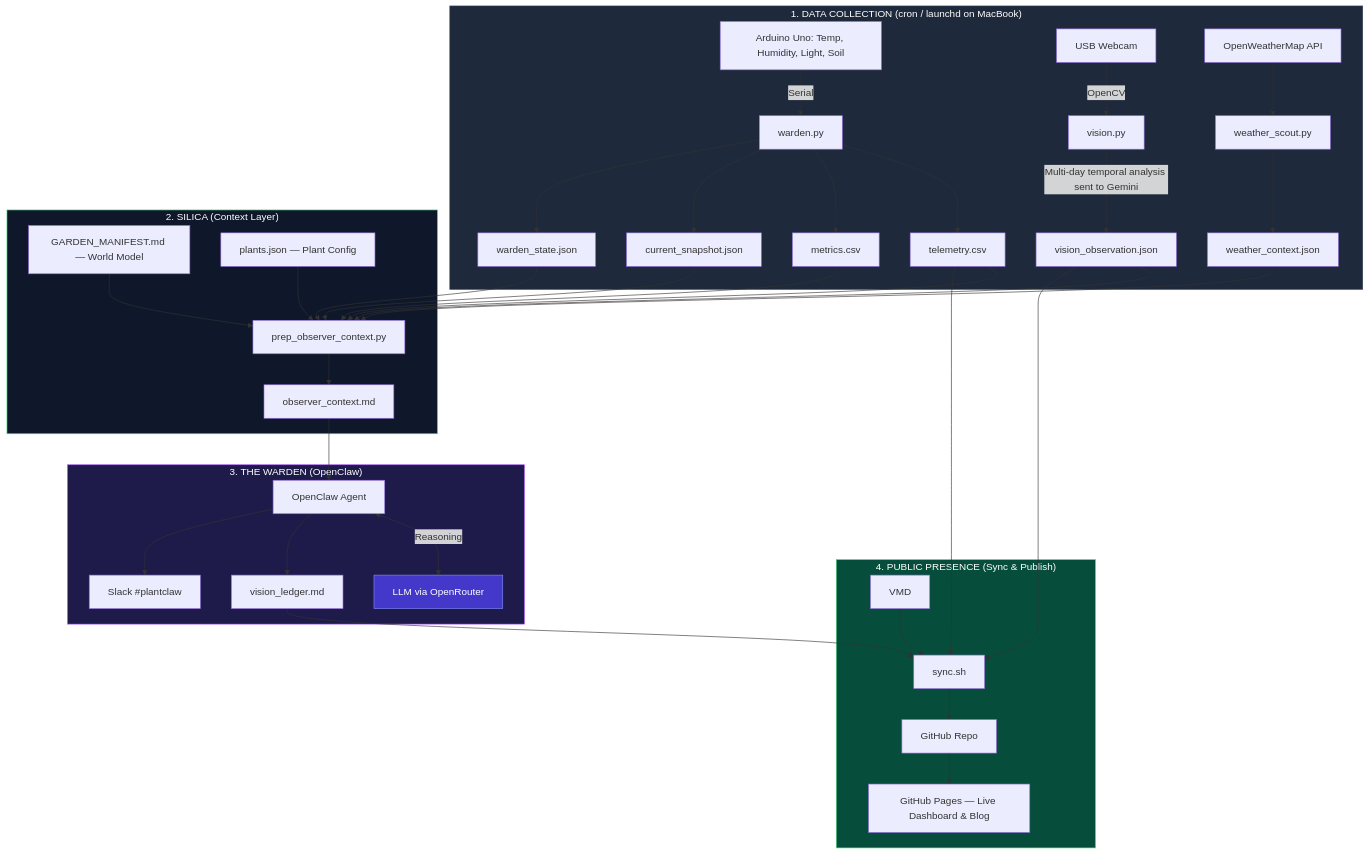
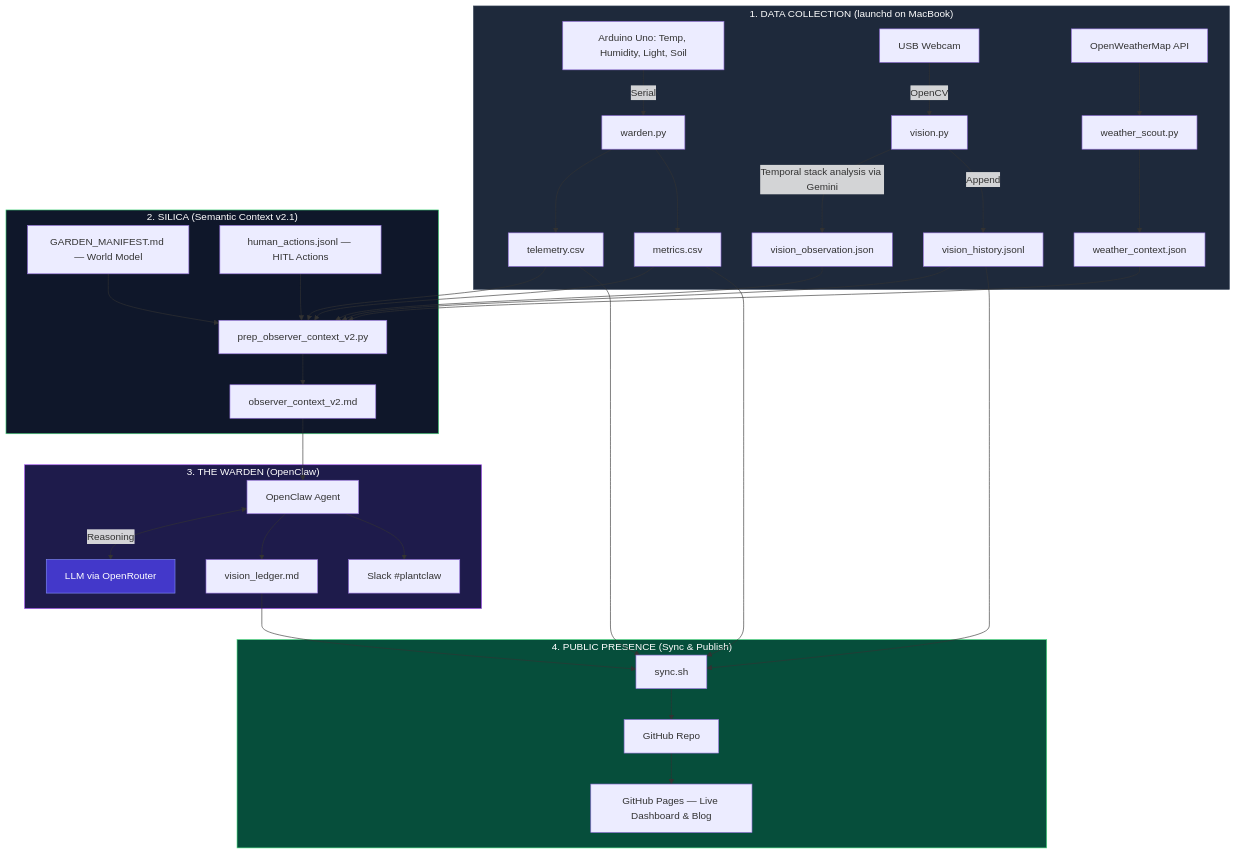
The diagram in src/docs/architecture.md (surendranb/gardenbot), drawn with Mermaid before and after one commit. The commit also changed other lines of this file and 17 other files, not shown here.

````diff
--- a/src/docs/architecture.md
+++ b/src/docs/architecture.md
@@ -34,48 +34,47 @@
 ```mermaid
 graph TD
     %% Layer 1: Data Collection
-    subgraph Collection["1. DATA COLLECTION (cron / launchd on MacBook)"]
+    subgraph Collection["1. DATA COLLECTION (launchd on MacBook)"]
         AR[Arduino Uno: Temp, Humidity, Light, Soil] -->|Serial| WPY[warden.py]
         WPY --> CSV[telemetry.csv]
         WPY --> MET[metrics.csv]
-        WPY --> SNS[current_snapshot.json]
-        WPY --> STS[warden_state.json]
 
         CAM[USB Webcam] -->|OpenCV| VPY[vision.py]
-        VPY -->|Multi-day temporal analysis sent to Gemini| VJS[vision_observation.json]
+        VPY -->|Temporal stack analysis via Gemini| VJS[vision_observation.json]
+        VPY -->|Append| VHS[vision_history.jsonl]
 
         OWM[OpenWeatherMap API] --> WSC[weather_scout.py]
         WSC --> WTH[weather_context.json]
     end
 
-    %% Layer 2: SILICA Context Layer
-    subgraph SILICA["2. SILICA (Context Layer)"]
-        CSV & MET & SNS & STS & VJS & WTH --> POC[prep_observer_context.py]
+    %% Layer 2: SILICA Context Layer (v2.1)
+    subgraph SILICA["2. SILICA (Semantic Context v2.1)"]
+        CSV & MET & VJS & VHS & WTH --> POC[prep_observer_context_v2.py]
         GM[GARDEN_MANIFEST.md — World Model] --> POC
-        PC[plants.json — Plant Config] --> POC
-        POC --> CTX[observer_context.md]
+        HA[human_actions.jsonl — HITL Actions] --> POC
+        POC --> CTX[observer_context_v2.md]
     end
 
     %% Layer 3: The Warden / Observer
     subgraph Warden["3. THE WARDEN (OpenClaw)"]
         CTX --> OC[OpenClaw Agent]
         OC <-->|Reasoning| LLM[LLM via OpenRouter]
         OC --> LDG[vision_ledger.md]
         OC --> SLK[Slack #plantclaw]
     end
 
     %% Layer 4: Public Presence
     subgraph Public["4. PUBLIC PRESENCE (Sync & Publish)"]
         LDG --> SYNC[sync.sh]
-        CSV & VJS & VMD --> SYNC
+        CSV & MET & VHS --> SYNC
         SYNC --> GH[GitHub Repo]
         GH --> WEB[GitHub Pages — Live Dashboard & Blog]
     end
 
     %% Styling
     style Collection fill:#1e293b,stroke:#334155,color:#fff
     style SILICA fill:#0f172a,stroke:#4ade80,color:#fff
     style Warden fill:#1e1b4b,stroke:#a855f7,color:#fff
     style Public fill:#064e3b,stroke:#4ade80,color:#fff
     style LLM fill:#4338ca,stroke:#818cf8,color:#fff
 ```
````
